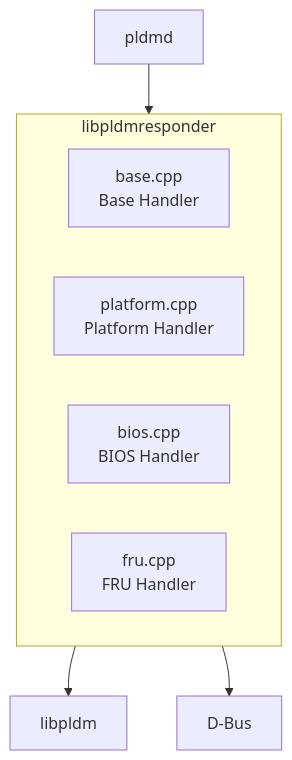
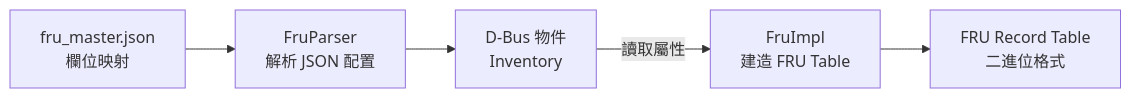
One commit to chilung-cgu/bmc-firmware-knowledge-base changed the fifth of 5 diagrams in pldm/LibpldmResponder.md. Above: the diagram before and after it, drawn with Mermaid. The commit also changed other lines of this file and 15 other files, not shown here.

````diff
--- a/pldm/LibpldmResponder.md
+++ b/pldm/LibpldmResponder.md
@@ -19,13 +267,7 @@
 ```mermaid
-graph TB
-    subgraph libpldmresponder
-        Base["base.cpp<br/>Base Handler"]
-        Platform["platform.cpp<br/>Platform Handler"]
-        BIOS["bios.cpp<br/>BIOS Handler"]
-        FRU["fru.cpp<br/>FRU Handler"]
-    end
-    
-    pldmd["pldmd"] --> libpldmresponder
-    libpldmresponder --> libpldm["libpldm"]
-    libpldmresponder --> DBus["D-Bus"]
+graph LR
+    JSON["fru_master.json<br/>欄位映射"] --> Parser["FruParser<br/>解析 JSON 配置"]
+    Parser --> DBus["D-Bus 物件<br/>Inventory"]
+    DBus -->|"讀取屬性"| Builder["FruImpl<br/>建造 FRU Table"]
+    Builder --> Table["FRU Record Table<br/>二進位格式"]
 ```
````
